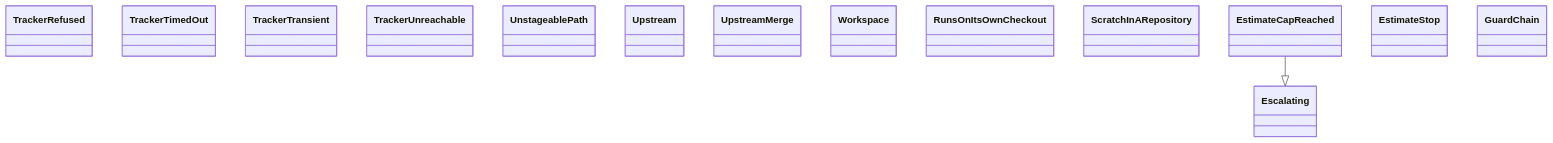
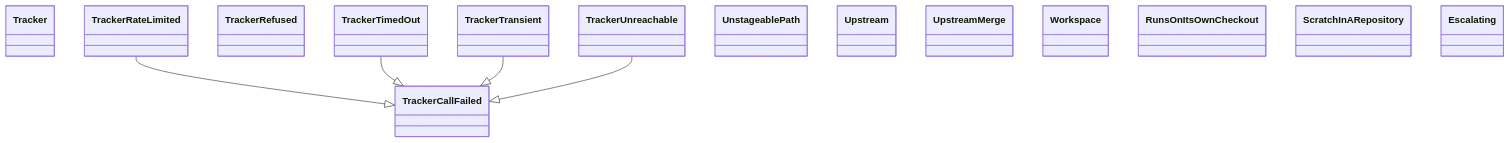
Before and after one commit to GonzaloZevallos/agentic-system: the diagram in docs/architecture/generated/classes-process-application-support-7.md, drawn with Mermaid. The commit also changed other lines of this file and 12 other files, not shown here.

Commit message:
Place the format_issue module in the support cluster and regenerate the class diagrams

````diff
--- a/docs/architecture/generated/classes-process-application-support-7.md
+++ b/docs/architecture/generated/classes-process-application-support-7.md
@@ -20,18 +20,21 @@
 ```mermaid
 classDiagram
+    class ports__Tracker["Tracker"]
+    class ports__TrackerCallFailed["TrackerCallFailed"]
+    class ports__TrackerRateLimited["TrackerRateLimited"]
     class ports__TrackerRefused["TrackerRefused"]
     class ports__TrackerTimedOut["TrackerTimedOut"]
     class ports__TrackerTransient["TrackerTransient"]
     class ports__TrackerUnreachable["TrackerUnreachable"]
     class ports__UnstageablePath["UnstageablePath"]
     class ports__Upstream["Upstream"]
     class ports__UpstreamMerge["UpstreamMerge"]
     class ports__Workspace["Workspace"]
     class preflight__RunsOnItsOwnCheckout["RunsOnItsOwnCheckout"]
     class preflight__ScratchInARepository["ScratchInARepository"]
     class run_role__Escalating["Escalating"]
-    class run_role__EstimateCapReached["EstimateCapReached"]
-    class run_role__EstimateStop["EstimateStop"]
-    class run_role__GuardChain["GuardChain"]
-    run_role__EstimateCapReached --|> run_role__Escalating
+    ports__TrackerRateLimited --|> ports__TrackerCallFailed
+    ports__TrackerTimedOut --|> ports__TrackerCallFailed
+    ports__TrackerTransient --|> ports__TrackerCallFailed
+    ports__TrackerUnreachable --|> ports__TrackerCallFailed
 ```
````
